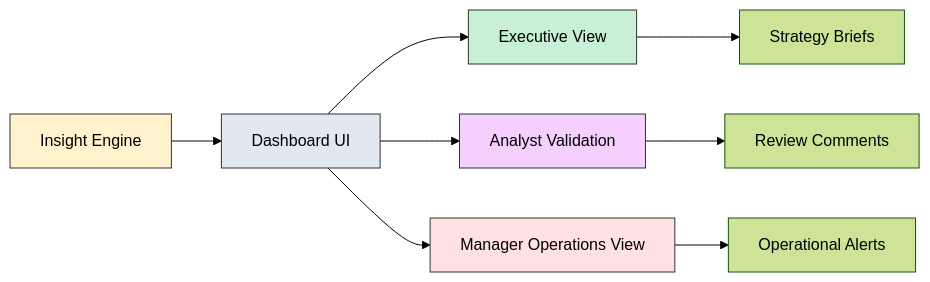
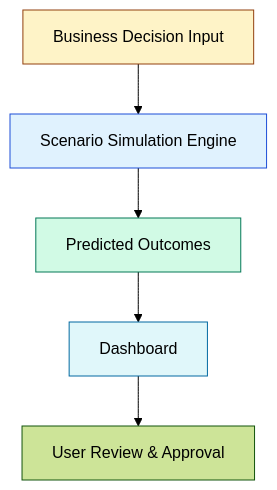
One commit to anjalibharath712-sys/omprakash changed the third of 3 diagrams in PROJECT_FLOW.md. Above: the diagram before and after it, drawn with Mermaid (forest theme). The commit also changed other lines of this file, not shown here.

````diff
--- a/PROJECT_FLOW.md
+++ b/PROJECT_FLOW.md
@@ -94,15 +85,11 @@
 ```mermaid
-flowchart LR
-  I[Insight Engine] --> J[Dashboard UI]
-  J --> K[Executive View]
-  J --> L[Analyst Validation]
-  J --> M[Manager Operations View]
-  K --> N[Strategy Briefs]
-  L --> O[Review Comments]
-  M --> P[Operational Alerts]
-  style I fill:#fff2cc,stroke:#333,stroke-width:1
-  style J fill:#e2e8f0,stroke:#333,stroke-width:1
-  style K fill:#c7f0d4,stroke:#333,stroke-width:1
-  style L fill:#f5d0ff,stroke:#333,stroke-width:1
-  style M fill:#ffe1e1,stroke:#333,stroke-width:1
+flowchart TD
+  Decision[Business Decision Input] --> Simulation[Scenario Simulation Engine]
+  Simulation --> Forecast[Predicted Outcomes]
+  Forecast --> Dashboard
+  Dashboard --> UserReview[User Review & Approval]
+  style Decision fill:#fef3c7,stroke:#92400e
+  style Simulation fill:#e0f2fe,stroke:#1d4ed8
+  style Forecast fill:#d1fae5,stroke:#047857
+  style Dashboard fill:#e0f7fa,stroke:#0369a1
 ```
````
